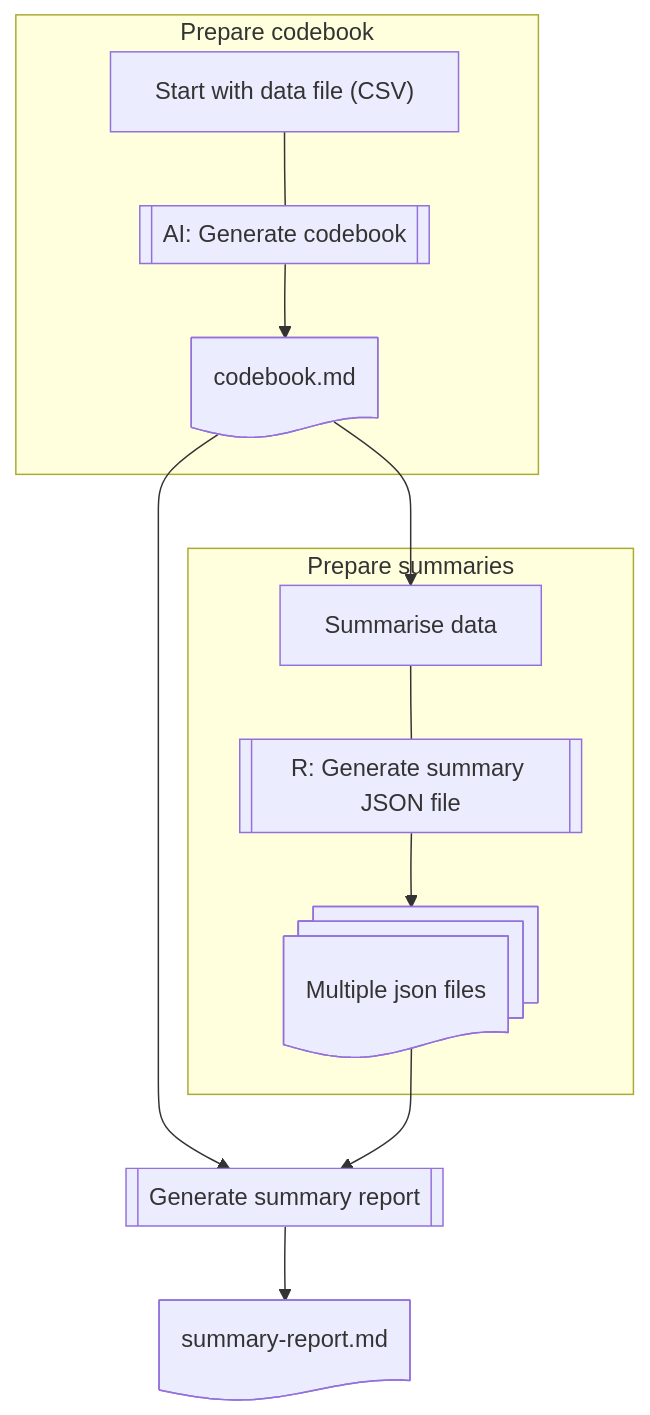
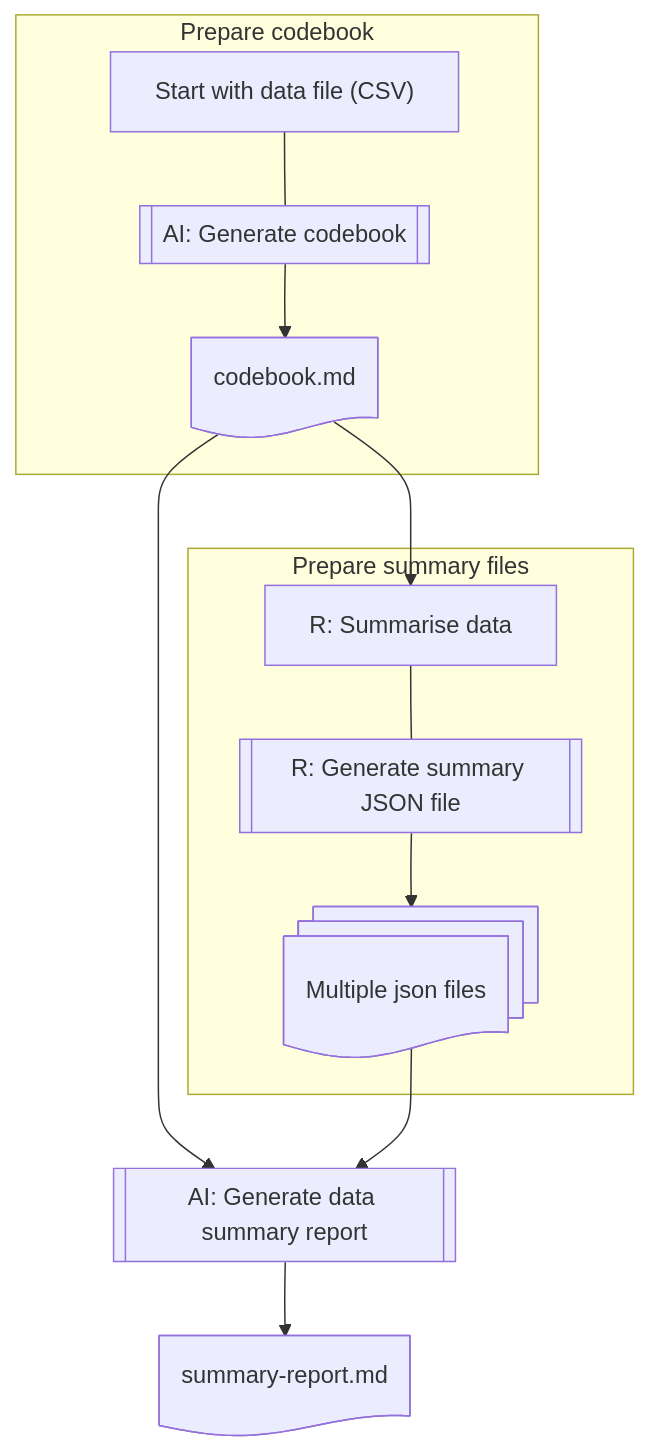
Before and after one commit to tpemartin/113-2-data-visualization: the diagram in Lecture-notes/10-data-summary-with-AI.md, drawn with Mermaid. The commit also changed other lines of this file, not shown here.

````diff
--- a/Lecture-notes/10-data-summary-with-AI.md
+++ b/Lecture-notes/10-data-summary-with-AI.md
@@ -31,23 +18,23 @@
 ```mermaid
 flowchart TB
   A["Start with data file (CSV)"]
   B[["AI: Generate codebook"]]
   C@{ shape: doc, label: "codebook.md" }
-  D["Summarise data"]
+  D["R: Summarise data"]
   E[["R: Generate summary JSON file"]]
   F@{ shape: docs, label: "Multiple json files"}
   subgraph step1[Prepare codebook]
     A --- B
     B --> C
   end
-  subgraph step2[Prepare summaries]
+  subgraph step2[Prepare summary files]
     D --- E
     E --> F
   end
   
   C --> D
-  C --> G[["Generate summary report"]]
+  C --> G[["AI: Generate data summary report"]]
   F --> G
   G --> H@{ shape: doc, label: "summary-report.md" }
     
 ```
````
